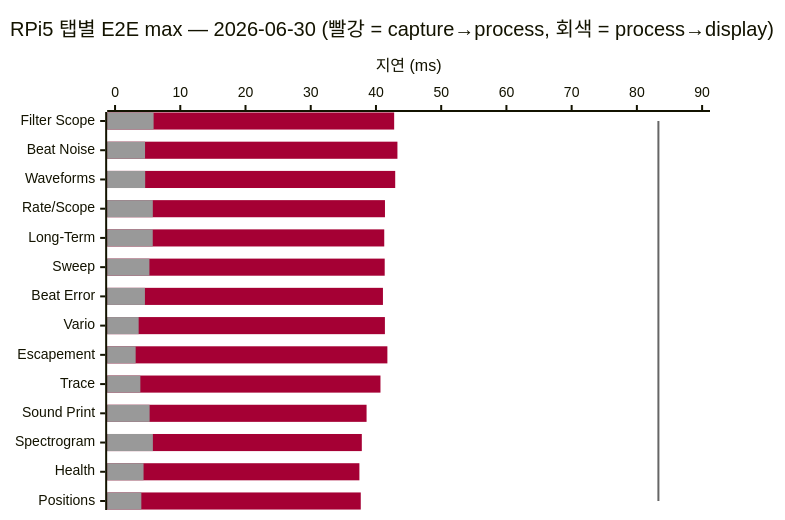
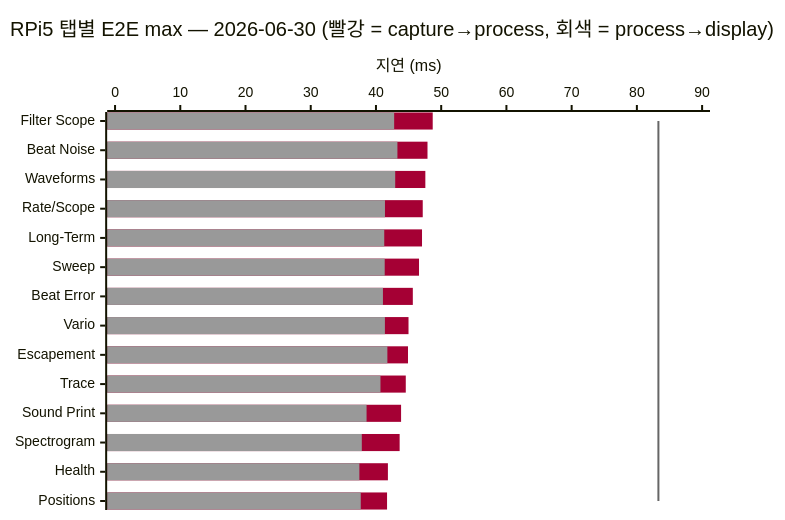
Before and after one commit to lgcmu2026-team5/TimeGrapher-Docs: the fourth of 6 diagrams in Milestone/ko/4-Planned-Experiments.md, drawn with Mermaid. The commit also changed 1 other file, not shown here.

Commit message:
docs: set EXP-03 graph bars to E2E and capture

````diff
--- a/Milestone/ko/4-Planned-Experiments.md
+++ b/Milestone/ko/4-Planned-Experiments.md
@@ -192,10 +192,10 @@
 ```mermaid
 %%{init: {"themeVariables": {"xyChart": {"plotColorPalette": "#A50034, #999999, #666666"}}}}%%
 xychart-beta horizontal
     title "RPi5 탭별 E2E max — 2026-06-30 (빨강 = capture→process, 회색 = process→display)"
     x-axis ["Filter Scope", "Beat Noise", "Waveforms", "Rate/Scope", "Long-Term", "Sweep", "Beat Error", "Vario", "Escapement", "Trace", "Sound Print", "Spectrogram", "Health", "Positions"]
     y-axis "지연 (ms)" 0 --> 90
+    bar [48.70, 47.90, 47.57, 47.17, 47.06, 46.60, 45.65, 44.99, 44.91, 44.57, 43.85, 43.63, 41.83, 41.70]
     bar [42.79, 43.29, 42.95, 41.38, 41.27, 41.34, 41.07, 41.37, 41.75, 40.69, 38.56, 37.83, 37.46, 37.67]
-    bar [5.91, 4.60, 4.62, 5.79, 5.78, 5.27, 4.58, 3.62, 3.16, 3.88, 5.30, 5.80, 4.37, 4.03]
     line [83.3, 83.3, 83.3, 83.3, 83.3, 83.3, 83.3, 83.3, 83.3, 83.3, 83.3, 83.3, 83.3, 83.3]
 ```
````
